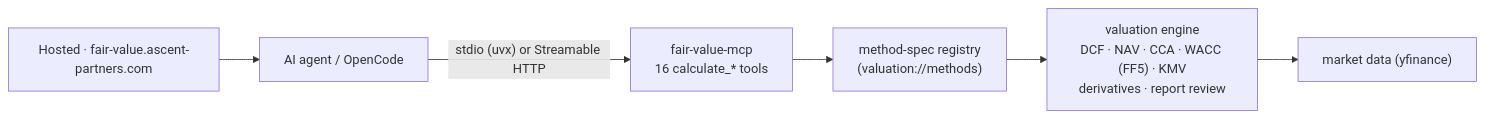
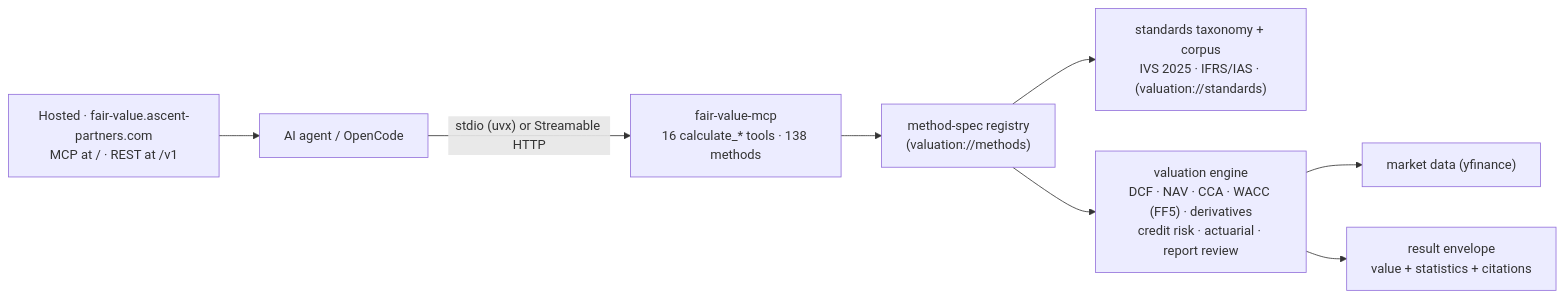
The first of 4 diagrams in README.md (simonmak-ascent/fair-value), drawn with Mermaid before and after one commit. The commit also changed other lines of this file and 11 other files, not shown here.

````diff
--- a/README.md
+++ b/README.md
@@ -35,8 +44,10 @@
 ```mermaid
 flowchart LR
-  CLIENT["AI agent / OpenCode"] -->|"stdio (uvx) or Streamable HTTP"| MCP["fair-value-mcp<br/>16 calculate_* tools"]
-  HOST["Hosted · fair-value.ascent-partners.com"] --> CLIENT
+  CLIENT["AI agent / OpenCode"] -->|"stdio (uvx) or Streamable HTTP"| MCP["fair-value-mcp<br/>16 calculate_* tools · 138 methods"]
+  HOST["Hosted · fair-value.ascent-partners.com<br/>MCP at / · REST at /v1"] --> CLIENT
   MCP --> REG["method-spec registry<br/>(valuation://methods)"]
-  REG --> CORE["valuation engine<br/>DCF · NAV · CCA · WACC (FF5) · KMV<br/>derivatives · report review"]
+  REG --> STD["standards taxonomy + corpus<br/>IVS 2025 · IFRS/IAS · (valuation://standards)"]
+  REG --> CORE["valuation engine<br/>DCF · NAV · CCA · WACC (FF5) · derivatives<br/>credit risk · actuarial · report review"]
   CORE --> DATA["market data (yfinance)"]
+  CORE --> ENV["result envelope<br/>value + statistics + citations"]
 ```
````
